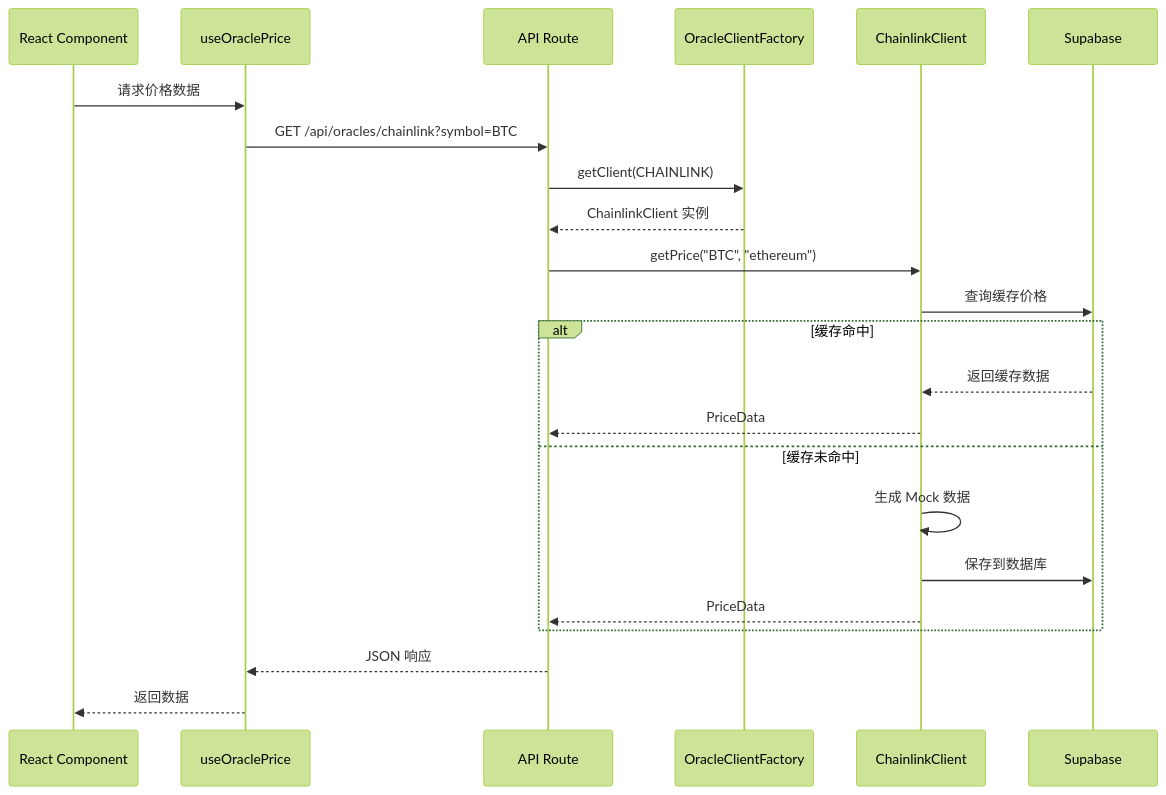
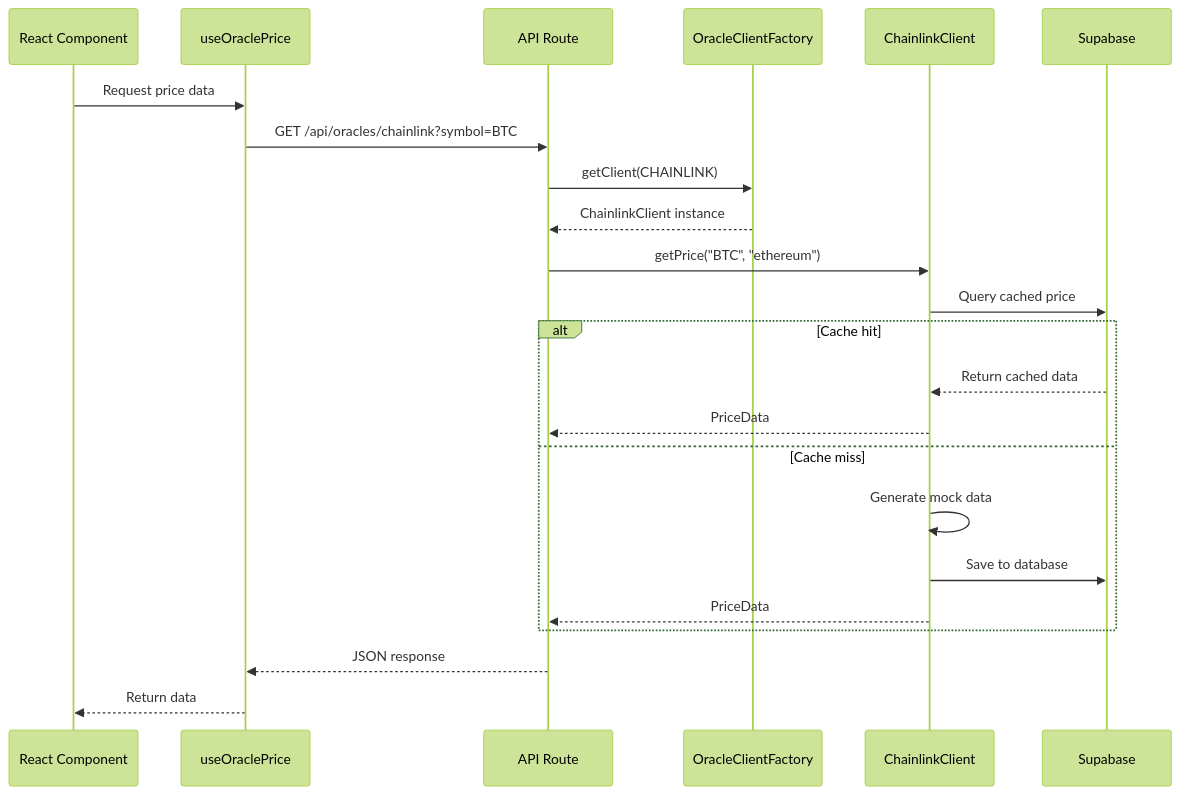
One commit to imokokok/Insight changed the third of 3 diagrams in docs/architecture/oracles.md. Above: the diagram before and after it, drawn with Mermaid (forest theme). The commit also changed other lines of this file and 9 other files, not shown here.

````diff
--- a/docs/architecture/oracles.md
+++ b/docs/architecture/oracles.md
@@ -421,26 +421,26 @@
 ```mermaid
 sequenceDiagram
     participant Client as React Component
     participant Hook as useOraclePrice
     participant API as API Route
     participant Factory as OracleClientFactory
     participant Oracle as ChainlinkClient
     participant DB as Supabase
 
-    Client->>Hook: 请求价格数据
+    Client->>Hook: Request price data
     Hook->>API: GET /api/oracles/chainlink?symbol=BTC
     API->>Factory: getClient(CHAINLINK)
-    Factory-->>API: ChainlinkClient 实例
+    Factory-->>API: ChainlinkClient instance
     API->>Oracle: getPrice("BTC", "ethereum")
-    Oracle->>DB: 查询缓存价格
-    alt 缓存命中
-        DB-->>Oracle: 返回缓存数据
+    Oracle->>DB: Query cached price
+    alt Cache hit
+        DB-->>Oracle: Return cached data
         Oracle-->>API: PriceData
-    else 缓存未命中
-        Oracle->>Oracle: 生成 Mock 数据
-        Oracle->>DB: 保存到数据库
+    else Cache miss
+        Oracle->>Oracle: Generate mock data
+        Oracle->>DB: Save to database
         Oracle-->>API: PriceData
     end
-    API-->>Hook: JSON 响应
-    Hook-->>Client: 返回数据
+    API-->>Hook: JSON response
+    Hook-->>Client: Return data
 ```
````
